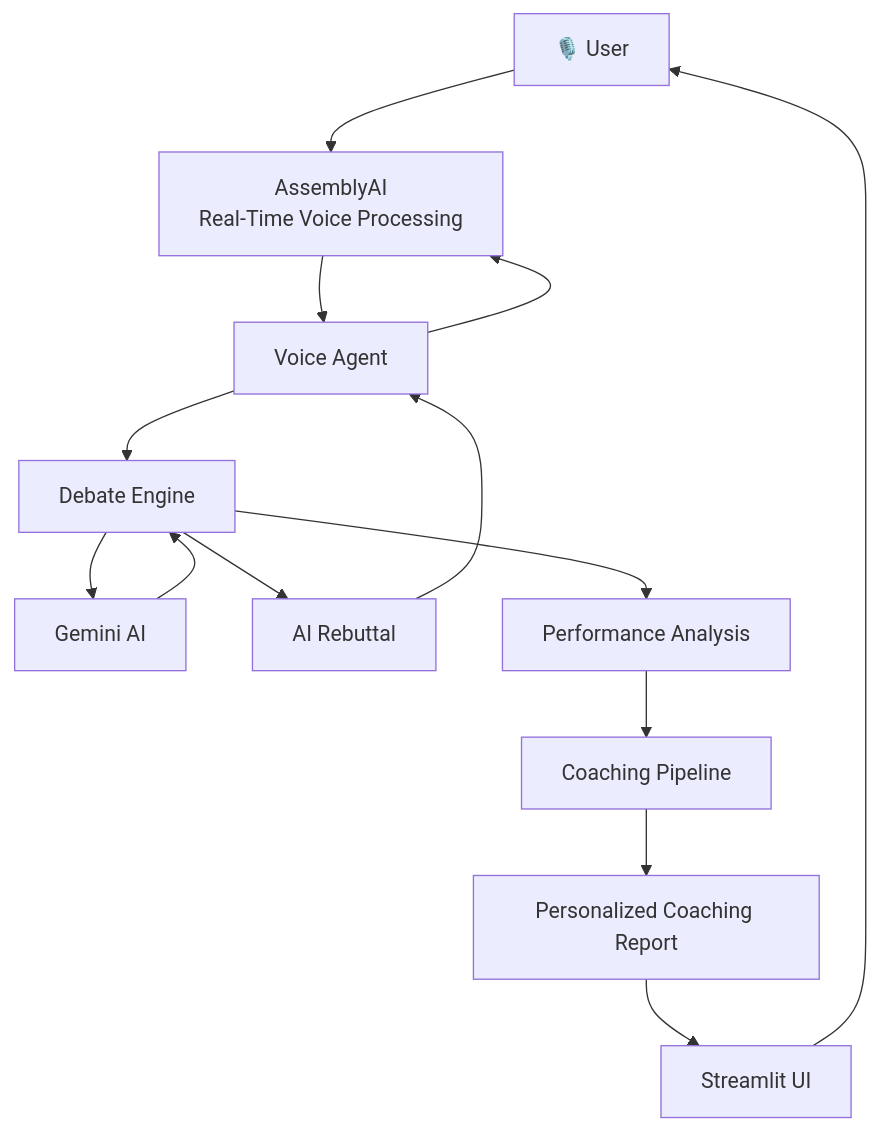
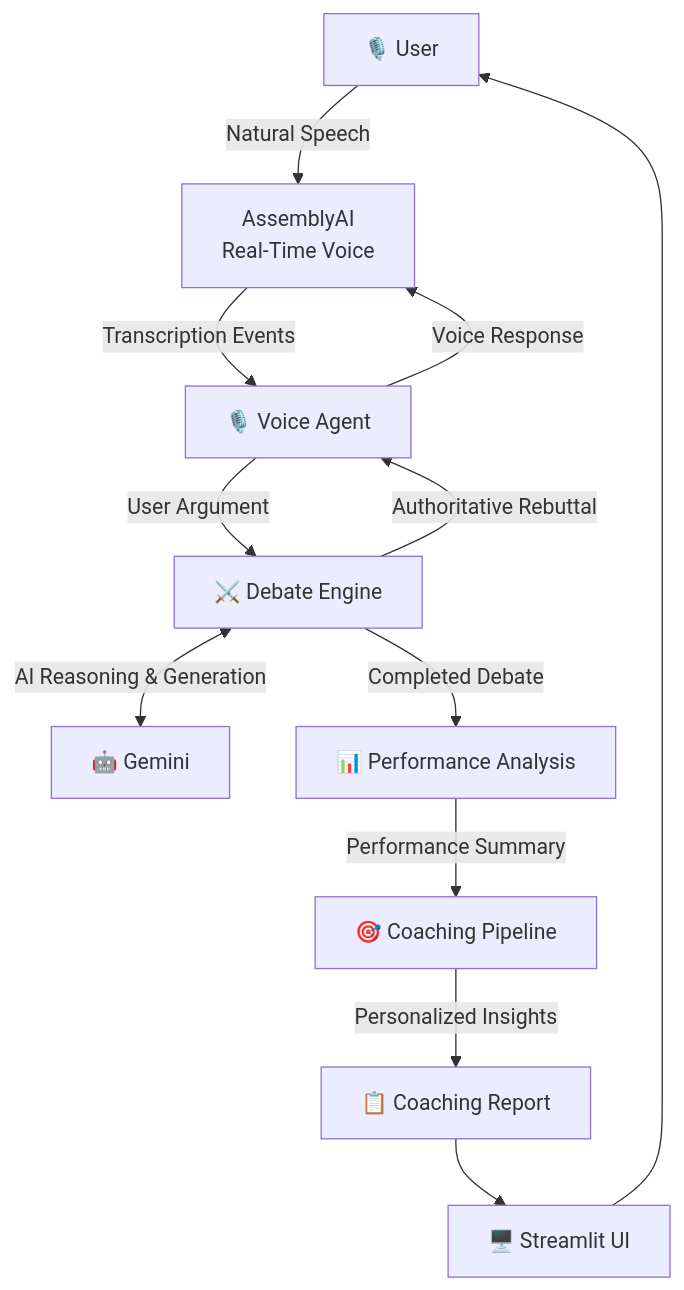
Before and after one commit to Sharannya26/AI-Debate-Arena: the diagram in README.md, drawn with Mermaid. The commit also changed other lines of this file, not shown here.

Commit message:
Improve architecture documentation

````diff
--- a/README.md
+++ b/README.md
@@ -211,31 +211,27 @@
 ```mermaid
 flowchart TD
 
     U["🎙️ User"]
 
-    U --> A["AssemblyAI<br/>Real-Time Voice Processing"]
+    U -->|"Natural Speech"| A["AssemblyAI<br/>Real-Time Voice"]
 
-    A --> V["Voice Agent"]
+    A -->|"Transcription Events"| V["🎙️ Voice Agent"]
 
-    V --> D["Debate Engine"]
+    V -->|"User Argument"| D["⚔️ Debate Engine"]
 
-    D --> L["Gemini AI"]
+    D <-->|"AI Reasoning & Generation"| G["🤖 Gemini"]
 
-    L --> D
+    D -->|"Authoritative Rebuttal"| V
 
-    D --> R["AI Rebuttal"]
+    V -->|"Voice Response"| A
 
-    R --> V
+    D -->|"Completed Debate"| P["📊 Performance Analysis"]
 
-    V --> A
+    P -->|"Performance Summary"| C["🎯 Coaching Pipeline"]
 
-    D --> P["Performance Analysis"]
+    C -->|"Personalized Insights"| R["📋 Coaching Report"]
 
-    P --> C["Coaching Pipeline"]
-
-    C --> F["Personalized Coaching Report"]
-
-    F --> UI["Streamlit UI"]
+    R --> UI["🖥️ Streamlit UI"]
 
     UI --> U
 ```
````
